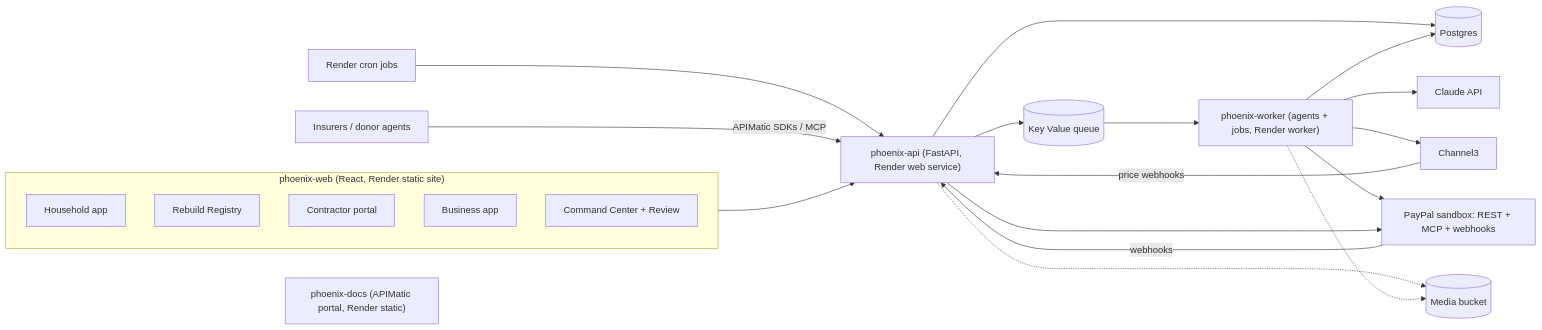
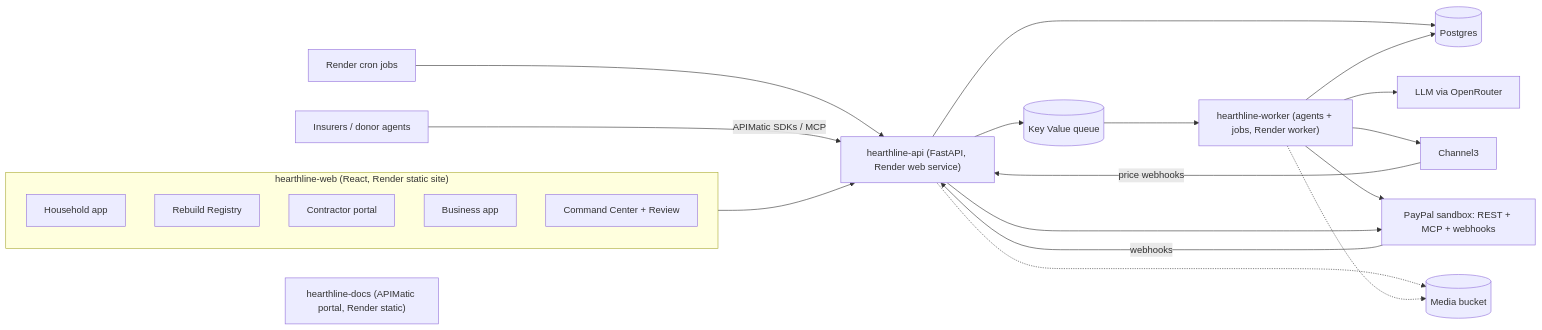
Before and after one commit to AnshulPatil2005/hearthline: the diagram in PLAN.md, drawn with Mermaid. The commit also changed other lines of this file and 21 other files, not shown here.

First line of the commit message:
Rename to Hearthline; free-tier AI via Gemini + OpenRouter; spike results

````diff
--- a/PLAN.md
+++ b/PLAN.md
@@ -82,36 +90,36 @@
 ```mermaid
 flowchart LR
-  subgraph WEB["phoenix-web (React, Render static site)"]
+  subgraph WEB["hearthline-web (React, Render static site)"]
     HH[Household app]
     REG[Rebuild Registry]
     CON[Contractor portal]
     BIZ[Business app]
     CMD[Command Center + Review]
   end
-  API["phoenix-api (FastAPI, Render web service)"]
-  WRK["phoenix-worker (agents + jobs, Render worker)"]
+  API["hearthline-api (FastAPI, Render web service)"]
+  WRK["hearthline-worker (agents + jobs, Render worker)"]
   CRON["Render cron jobs"]
   DB[(Postgres)]
   KV[(Key Value queue)]
   S3[(Media bucket)]
-  CLAUDE[Claude API]
+  CLAUDE["LLM via OpenRouter"]
   C3[Channel3]
   PP["PayPal sandbox: REST + MCP + webhooks"]
   EXT["Insurers / donor agents"]
-  DOCS["phoenix-docs (APIMatic portal, Render static)"]
+  DOCS["hearthline-docs (APIMatic portal, Render static)"]
 
   WEB --> API
   API --> DB
   API --> KV --> WRK
   WRK --> DB
   WRK --> CLAUDE
   WRK --> C3
   WRK --> PP
   API --> PP
   PP -- webhooks --> API
   C3 -- price webhooks --> API
   CRON --> API
   EXT -- "APIMatic SDKs / MCP" --> API
   API -.-> S3
   WRK -.-> S3
 ```
````
